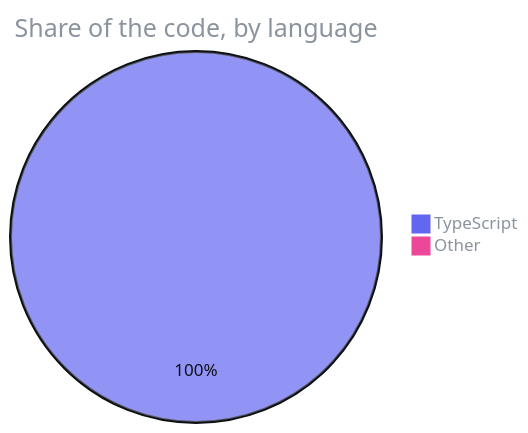
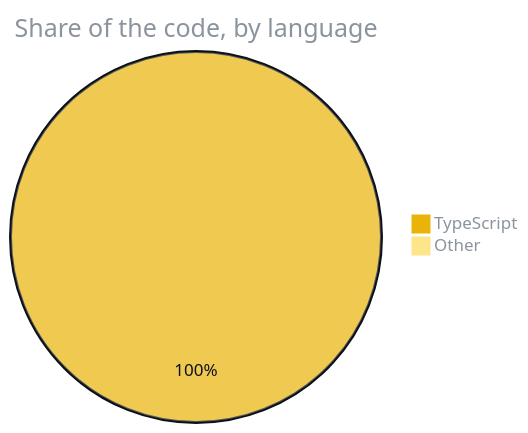
The second of 2 diagrams in README.md (F0rger123/devspace), drawn with Mermaid before and after one commit. The commit also changed other lines of this file and 2 other files, not shown here.

````diff
--- a/README.md
+++ b/README.md
@@ -90,6 +95,6 @@
 ```mermaid
-%%{init: {'theme':'base','themeVariables':{'pie1':'#6366f1','pie2':'#ec4899','pie3':'#64748b','pie4':'#94a3b8','pie5':'#475569','pie6':'#cbd5e1','pie7':'#334155','pieStrokeColor':'#0d1117','pieOuterStrokeColor':'#0d1117','pieTitleTextColor':'#8b949e','pieLegendTextColor':'#8b949e','pieSectionTextColor':'#0d1117'}}}%%
+%%{init: {'theme':'base','themeVariables':{'pie1':'#eab308','pie2':'#fde68a','pie3':'#64748b','pie4':'#94a3b8','pie5':'#475569','pie6':'#cbd5e1','pie7':'#334155','pieStrokeColor':'#0d1117','pieOuterStrokeColor':'#0d1117','pieTitleTextColor':'#8b949e','pieLegendTextColor':'#8b949e','pieSectionTextColor':'#0d1117'}}}%%
 pie title Share of the code, by language
     "TypeScript" : 99.7
     "Other" : 0.3
 ```
````
